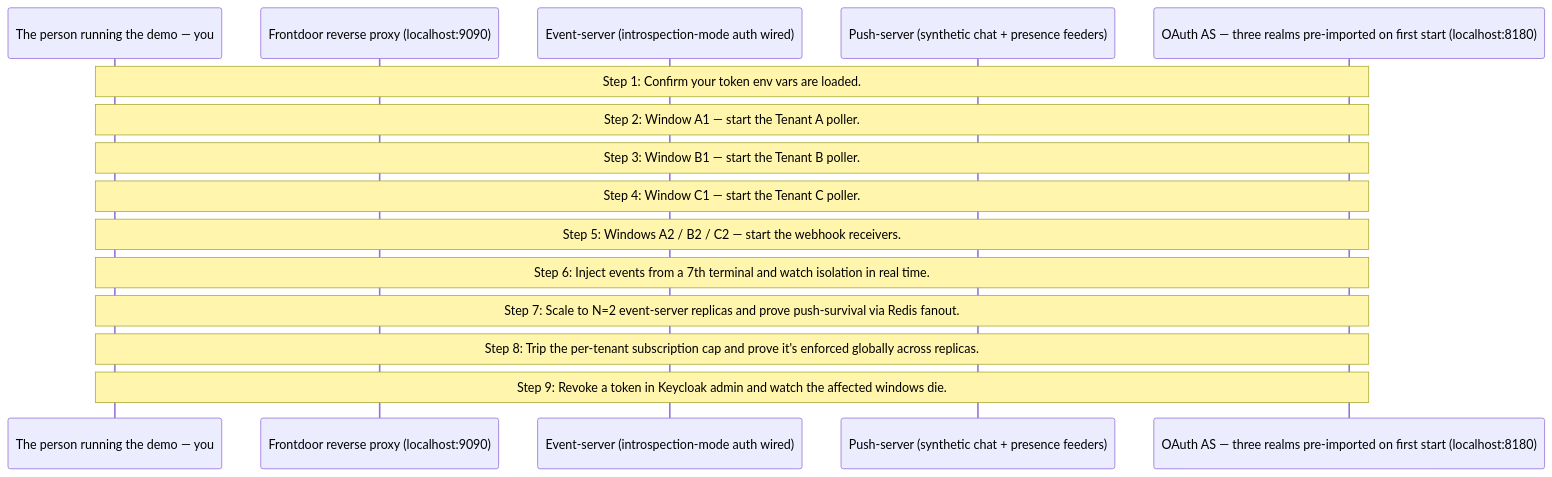
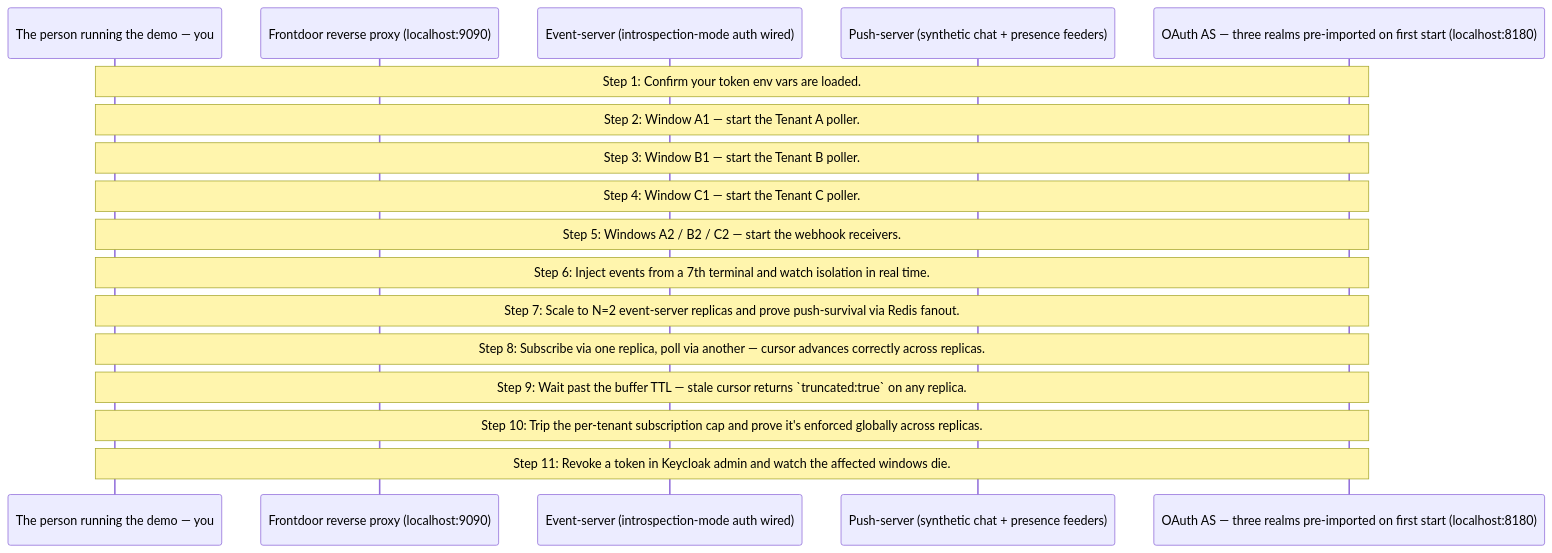
One commit to panyam/mcpkit changed the diagram in examples/events/whole-enchilada/WALKTHROUGH.md. Above: the diagram before and after it, drawn with Mermaid. The commit also changed other lines of this file and 15 other files, not shown here.

````diff
--- a/examples/events/whole-enchilada/WALKTHROUGH.md
+++ b/examples/events/whole-enchilada/WALKTHROUGH.md
@@ -19,26 +21,30 @@
 ```mermaid
 sequenceDiagram
     participant Operator as The person running the demo — you
     participant Nginx as Frontdoor reverse proxy (localhost:9090)
     participant Server as Event-server (introspection-mode auth wired)
     participant PushServer as Push-server (synthetic chat + presence feeders)
     participant Keycloak as OAuth AS — three realms pre-imported on first start (localhost:8180)
 
     Note over Operator,Keycloak: Step 1: Confirm your token env vars are loaded.
 
     Note over Operator,Keycloak: Step 2: Window A1 — start the Tenant A poller.
 
     Note over Operator,Keycloak: Step 3: Window B1 — start the Tenant B poller.
 
     Note over Operator,Keycloak: Step 4: Window C1 — start the Tenant C poller.
 
     Note over Operator,Keycloak: Step 5: Windows A2 / B2 / C2 — start the webhook receivers.
 
     Note over Operator,Keycloak: Step 6: Inject events from a 7th terminal and watch isolation in real time.
 
     Note over Operator,Keycloak: Step 7: Scale to N=2 event-server replicas and prove push-survival via Redis fanout.
 
-    Note over Operator,Keycloak: Step 8: Trip the per-tenant subscription cap and prove it's enforced globally across replicas.
+    Note over Operator,Keycloak: Step 8: Subscribe via one replica, poll via another — cursor advances correctly across replicas.
 
-    Note over Operator,Keycloak: Step 9: Revoke a token in Keycloak admin and watch the affected windows die.
+    Note over Operator,Keycloak: Step 9: Wait past the buffer TTL — stale cursor returns `truncated:true` on any replica.
+
+    Note over Operator,Keycloak: Step 10: Trip the per-tenant subscription cap and prove it's enforced globally across replicas.
+
+    Note over Operator,Keycloak: Step 11: Revoke a token in Keycloak admin and watch the affected windows die.
 ```
````
